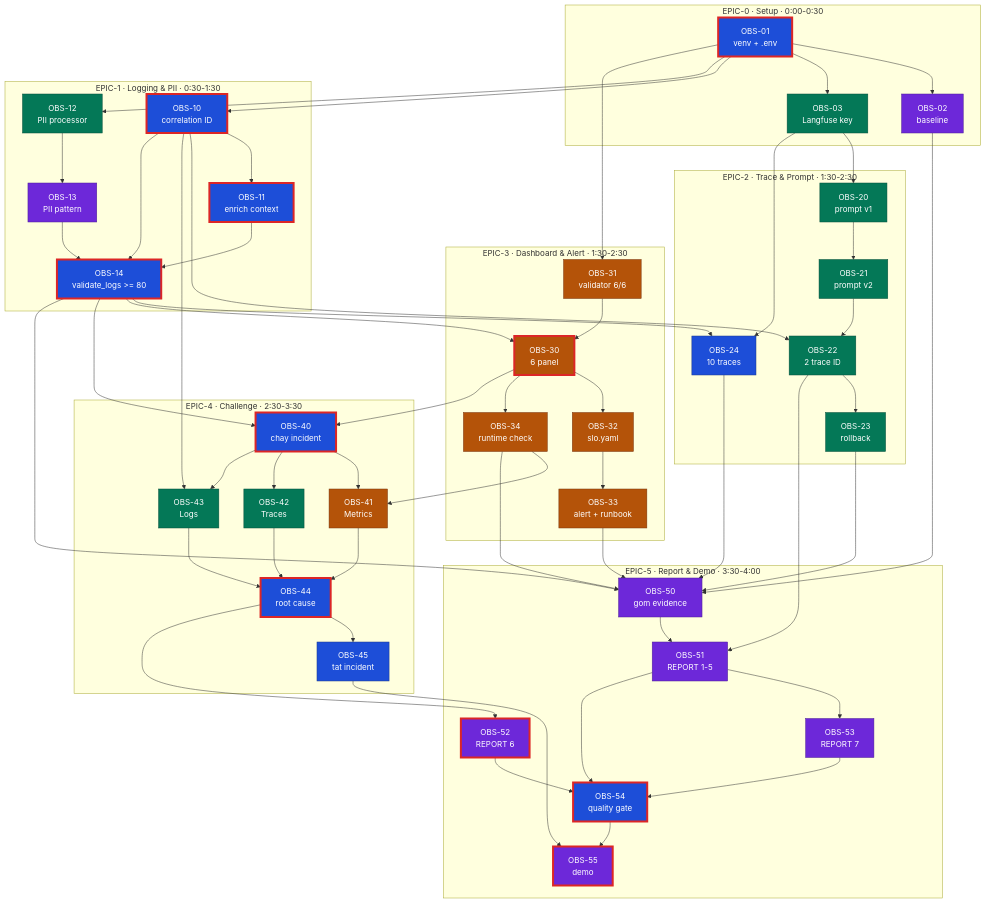
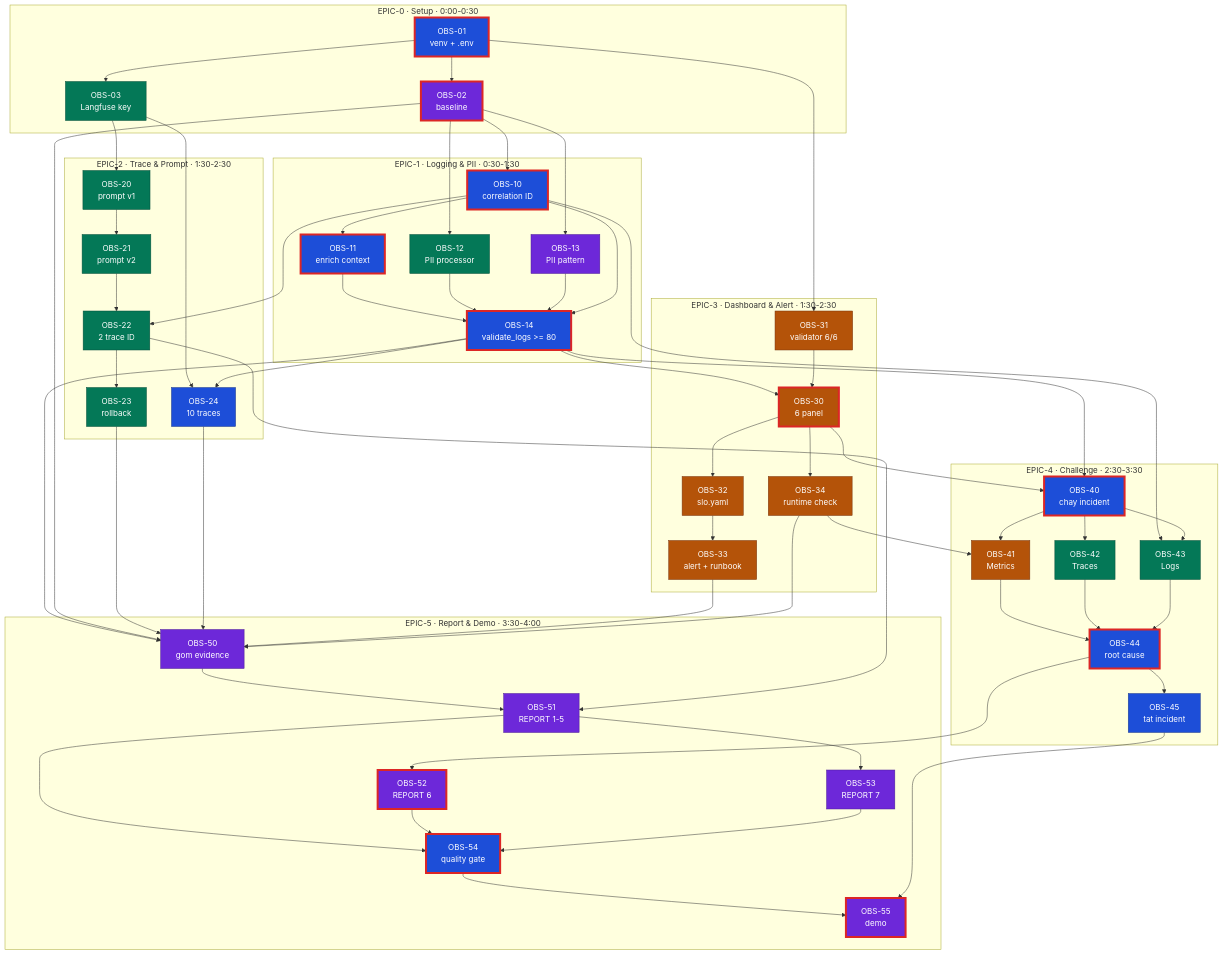
Before and after one commit to Mrgintamago/Day13-K4-F5-1: the diagram in docs/PLAN.md, drawn with Mermaid. The commit also changed other lines of this file, not shown here.

````diff
--- a/docs/PLAN.md
+++ b/docs/PLAN.md
@@ -419,80 +430,82 @@
 ```mermaid
 flowchart TD
     classDef quang fill:#1d4ed8,stroke:#1e3a8a,color:#fff
     classDef sang  fill:#047857,stroke:#064e3b,color:#fff
     classDef han   fill:#b45309,stroke:#78350f,color:#fff
     classDef tuong fill:#6d28d9,stroke:#4c1d95,color:#fff
     classDef crit  stroke:#dc2626,stroke-width:4px
 
     subgraph EPIC0["EPIC-0 · Setup · 0:00-0:30"]
         T01["OBS-01<br/>venv + .env"]
         T02["OBS-02<br/>baseline"]
         T03["OBS-03<br/>Langfuse key"]
     end
 
     subgraph EPIC1["EPIC-1 · Logging & PII · 0:30-1:30"]
         T10["OBS-10<br/>correlation ID"]
         T11["OBS-11<br/>enrich context"]
         T12["OBS-12<br/>PII processor"]
         T13["OBS-13<br/>PII pattern"]
         T14["OBS-14<br/>validate_logs >= 80"]
     end
 
     subgraph EPIC2["EPIC-2 · Trace & Prompt · 1:30-2:30"]
         T20["OBS-20<br/>prompt v1"]
         T21["OBS-21<br/>prompt v2"]
         T22["OBS-22<br/>2 trace ID"]
         T23["OBS-23<br/>rollback"]
         T24["OBS-24<br/>10 traces"]
     end
 
     subgraph EPIC3["EPIC-3 · Dashboard & Alert · 1:30-2:30"]
         T31["OBS-31<br/>validator 6/6"]
         T30["OBS-30<br/>6 panel"]
         T32["OBS-32<br/>slo.yaml"]
         T33["OBS-33<br/>alert + runbook"]
         T34["OBS-34<br/>runtime check"]
     end
 
     subgraph EPIC4["EPIC-4 · Challenge · 2:30-3:30"]
         T40["OBS-40<br/>chay incident"]
         T41["OBS-41<br/>Metrics"]
         T42["OBS-42<br/>Traces"]
         T43["OBS-43<br/>Logs"]
         T44["OBS-44<br/>root cause"]
         T45["OBS-45<br/>tat incident"]
     end
 
     subgraph EPIC5["EPIC-5 · Report & Demo · 3:30-4:00"]
         T50["OBS-50<br/>gom evidence"]
         T51["OBS-51<br/>REPORT 1-5"]
         T52["OBS-52<br/>REPORT 6"]
         T53["OBS-53<br/>REPORT 7"]
         T54["OBS-54<br/>quality gate"]
         T55["OBS-55<br/>demo"]
     end
 
-    T01 --> T02 & T03 & T10 & T12 & T31
+    T01 --> T02 & T03 & T31
+    T02 --> T10 & T12 & T13
     T10 --> T11 & T22 & T43
     T11 --> T14
-    T12 --> T13 --> T14
+    T12 --> T14
+    T13 --> T14
     T10 --> T14
     T03 --> T20 --> T21 --> T22 --> T23
     T03 --> T24
     T14 --> T24 & T30 & T40 & T50
     T31 --> T30 --> T32 --> T33
     T30 --> T34 & T40
     T34 --> T41
     T40 --> T41 & T42 & T43
     T41 & T42 & T43 --> T44 --> T45 & T52
     T02 & T23 & T24 & T33 & T34 --> T50 --> T51
     T22 --> T51 --> T53
     T51 & T52 & T53 --> T54 --> T55
     T45 --> T55
 
     class T01,T10,T11,T14,T24,T40,T44,T45,T54 quang
     class T03,T12,T20,T21,T22,T23,T42,T43 sang
     class T30,T31,T32,T33,T34,T41 han
     class T02,T13,T50,T51,T52,T53,T55 tuong
-    class T01,T10,T11,T14,T30,T40,T44,T52,T54,T55 crit
+    class T01,T02,T10,T11,T14,T30,T40,T44,T52,T54,T55 crit
 ```
````
